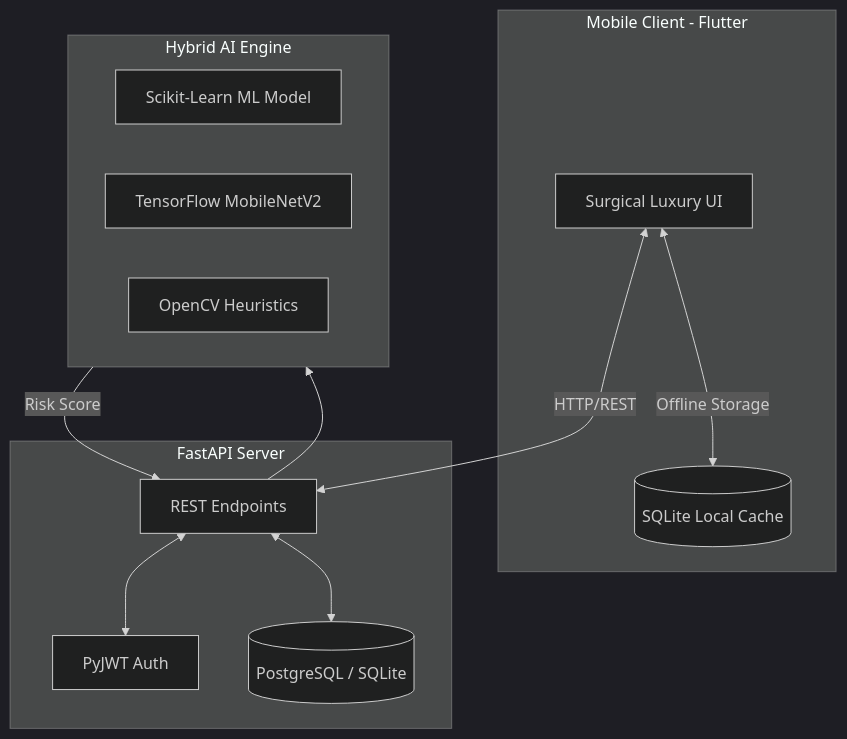
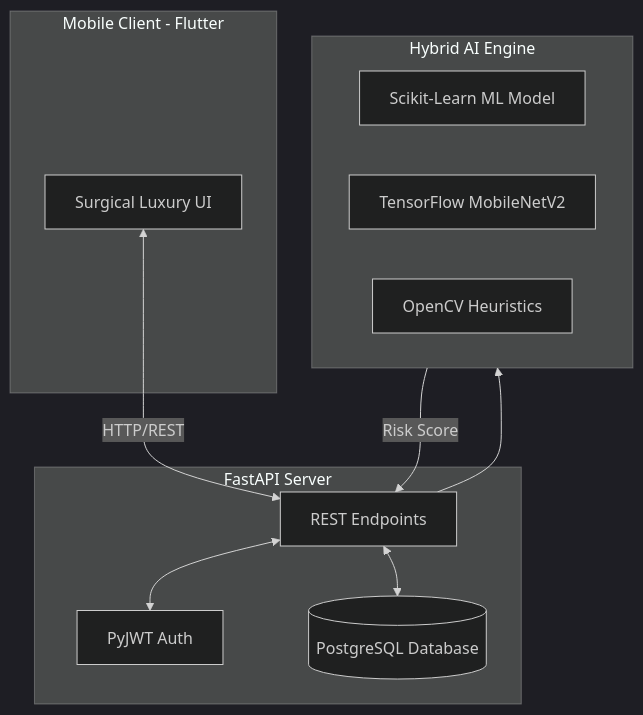
The first of 2 diagrams in README.md (Sanhith30/Sanhith_PDD_app), drawn with Mermaid (dark theme) before and after one commit. The commit also changed other lines of this file and 16 other files, not shown here.

Commit message:
feat: fully transition to PostgreSQL-only architecture, remove local SQLite/sqflite and admin panel

````diff
--- a/README.md
+++ b/README.md
@@ -62,26 +61,24 @@
 ```mermaid
 graph TD
     subgraph Frontend [Mobile Client - Flutter]
         UI[Surgical Luxury UI]
-        LocalDB[(SQLite Local Cache)]
     end
     
     subgraph Backend [FastAPI Server]
         API[REST Endpoints]
         Auth[PyJWT Auth]
-        DB[(PostgreSQL / SQLite)]
+        DB[(PostgreSQL Database)]
     end
     
     subgraph AIEngine [Hybrid AI Engine]
         ML[Scikit-Learn ML Model]
         DL[TensorFlow MobileNetV2]
         Heuristics[OpenCV Heuristics]
     end
     
     UI <-->|HTTP/REST| API
-    UI <-->|Offline Storage| LocalDB
     API <--> Auth
     API <--> DB
     API --> AIEngine
     AIEngine -->|Risk Score| API
 ```
````
